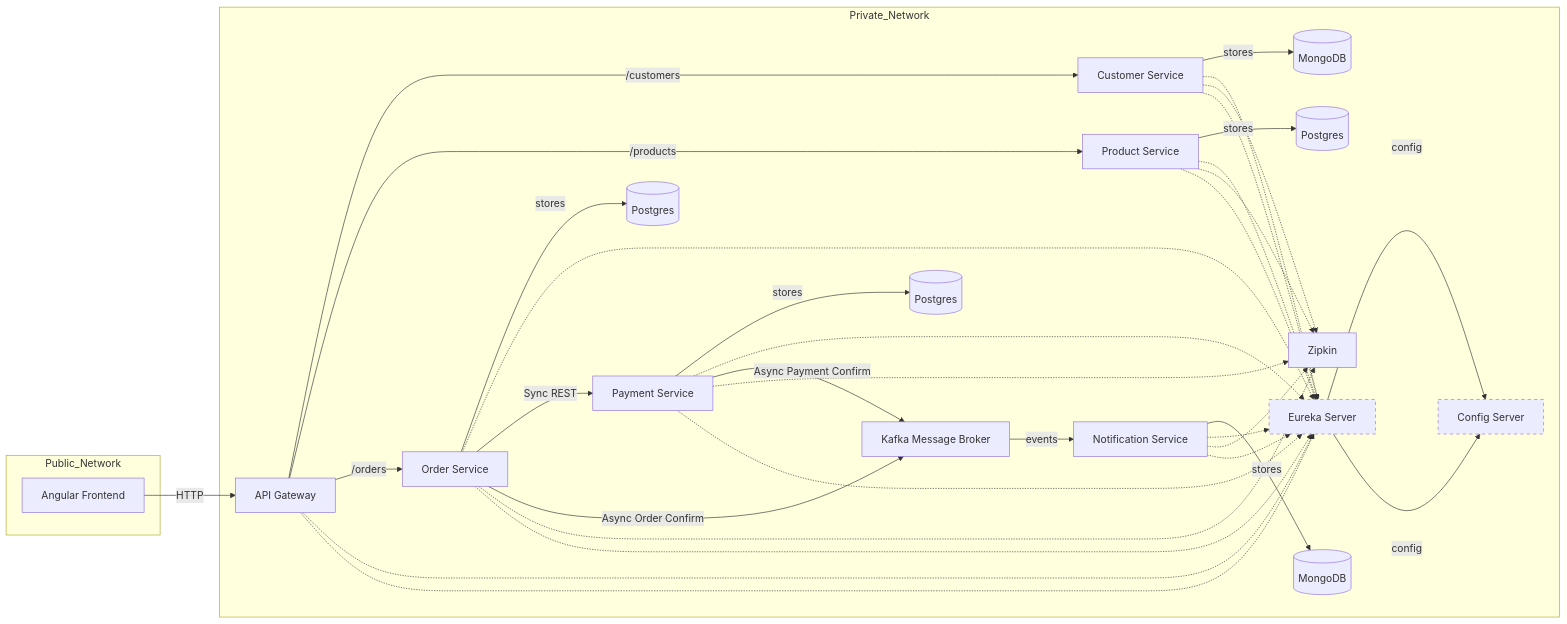
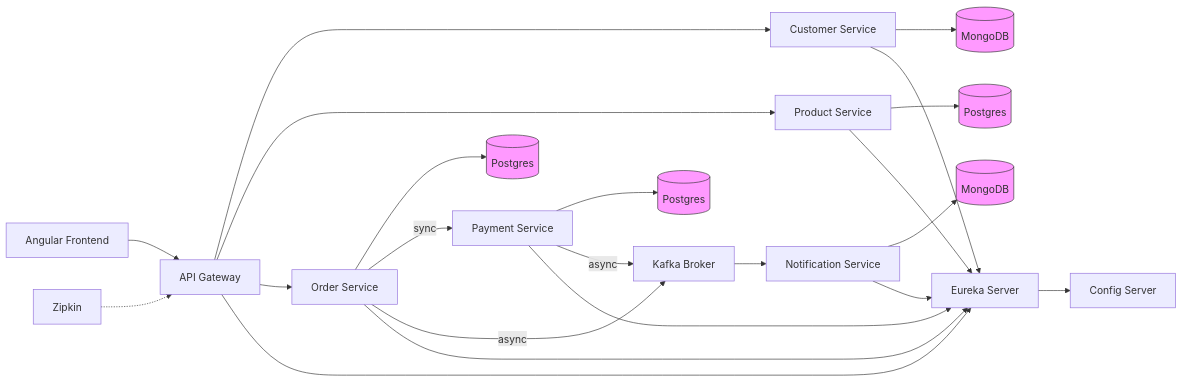
One commit to AshifurNahid/Ecommerce-Microservice changed the diagram in README.md. Above: the diagram before and after it, drawn with Mermaid.

````diff
--- a/README.md
+++ b/README.md
@@ -24,82 +24,68 @@
 ```mermaid
 flowchart LR
-    subgraph Public_Network
-        ANGULAR[Angular Frontend]
-    end
+    %% Public
+    ANGULAR[Angular Frontend]
+    GW[API Gateway]
 
-    subgraph Private_Network
-        GW[API Gateway]
+    %% Services
+    CUSTOMER[Customer Service]
+    PRODUCT[Product Service]
+    ORDER[Order Service]
+    PAYMENT[Payment Service]
+    NOTIFICATION[Notification Service]
+    KAFKA[Kafka Broker]
+    ZIPKIN[Zipkin]
+    EUREKA[Eureka Server]
+    CONFIG[Config Server]
 
-        CUSTOMER[Customer Service]
-        PRODUCT[Product Service]
-        ORDER[Order Service]
-        PAYMENT[Payment Service]
-        NOTIFICATION[Notification Service]
-        KAFKA[Kafka Message Broker]
-        ZIPKIN[Zipkin]
-        EUREKA[Eureka Server]
-        CONFIG[Config Server]
-        
-        MONGO_CUST[(MongoDB)]
-        MONGO_NOTI[(MongoDB)]
-        POSTGRES_PROD[(Postgres)]
-        POSTGRES_ORD[(Postgres)]
-        POSTGRES_PAY[(Postgres)]
-    end
+    %% Databases
+    MONGO_CUST[(MongoDB)]
+    MONGO_NOTI[(MongoDB)]
+    PSQL_PROD[(Postgres)]
+    PSQL_ORD[(Postgres)]
+    PSQL_PAY[(Postgres)]
 
-    %% public network to gateway
-    ANGULAR -- HTTP --> GW
+    %% Public to gateway
+    ANGULAR --> GW
 
-    %% API GW routes
-    GW -- /customers --> CUSTOMER
-    GW -- /products --> PRODUCT
-    GW -- /orders --> ORDER
+    %% Gateway routes
+    GW --> CUSTOMER
+    GW --> PRODUCT
+    GW --> ORDER
 
     %% Customer
-    CUSTOMER -- stores --> MONGO_CUST
-    CUSTOMER -.-> EUREKA
+    CUSTOMER --> MONGO_CUST
 
     %% Product
-    PRODUCT -- stores --> POSTGRES_PROD
-    PRODUCT -.-> EUREKA
+    PRODUCT --> PSQL_PROD
 
     %% Order
-    ORDER -- stores --> POSTGRES_ORD
-    ORDER -.-> EUREKA
-    ORDER -- Sync REST --> PAYMENT
-    ORDER -- Async Order Confirm --> KAFKA
+    ORDER --> PSQL_ORD
+    ORDER -->|sync| PAYMENT
+    ORDER -->|async| KAFKA
 
     %% Payment
-    PAYMENT -- stores --> POSTGRES_PAY
-    PAYMENT -.-> EUREKA
-    PAYMENT -- Async Payment Confirm --> KAFKA
+    PAYMENT --> PSQL_PAY
+    PAYMENT -->|async| KAFKA
 
-    %% Kafka to Notification
-    KAFKA -- events --> NOTIFICATION
-    NOTIFICATION -- stores --> MONGO_NOTI
-    NOTIFICATION -.-> EUREKA
+    %% Kafka events
+    KAFKA --> NOTIFICATION
+    NOTIFICATION --> MONGO_NOTI
 
-    %% Config + Eureka
-    GW -.-> EUREKA
-    EUREKA -- config --> CONFIG
+    %% Discovery & config
+    EUREKA --> CONFIG
+    GW --> EUREKA
+    CUSTOMER --> EUREKA
+    PRODUCT --> EUREKA
+    ORDER --> EUREKA
+    PAYMENT --> EUREKA
+    NOTIFICATION --> EUREKA
 
     %% Distributed tracing
-    CUSTOMER -.-> ZIPKIN
-    PRODUCT -.-> ZIPKIN
-    ORDER -.-> ZIPKIN
-    PAYMENT -.-> ZIPKIN
-    NOTIFICATION -.-> ZIPKIN
+    ZIPKIN -.-> GW
 
-    %% Style to match dashed/dotted lines in PNG
-    classDef dashed stroke-dasharray: 5 5
-    GW -.-> EUREKA:::dashed
-    CUSTOMER -.-> EUREKA:::dashed
-    PRODUCT -.-> EUREKA:::dashed
-    ORDER -.-> EUREKA:::dashed
-    PAYMENT -.-> EUREKA:::dashed
-    NOTIFICATION -.-> EUREKA:::dashed
-    EUREKA -- config --> CONFIG:::dashed
-
-
+    %% Styling
+    classDef db fill:#f9f,stroke:#333,stroke-width:1px;
+    class MONGO_CUST,MONGO_NOTI,PSQL_PROD,PSQL_ORD,PSQL_PAY db;
 
 ```
````
